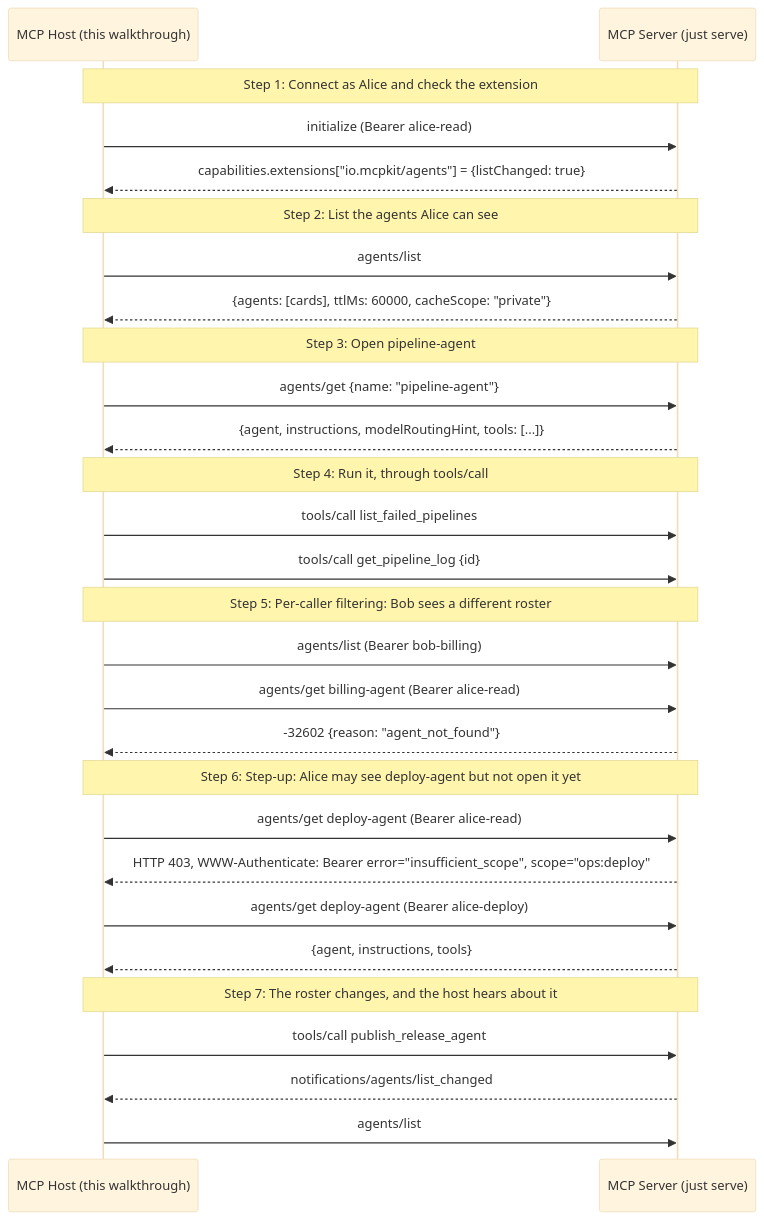
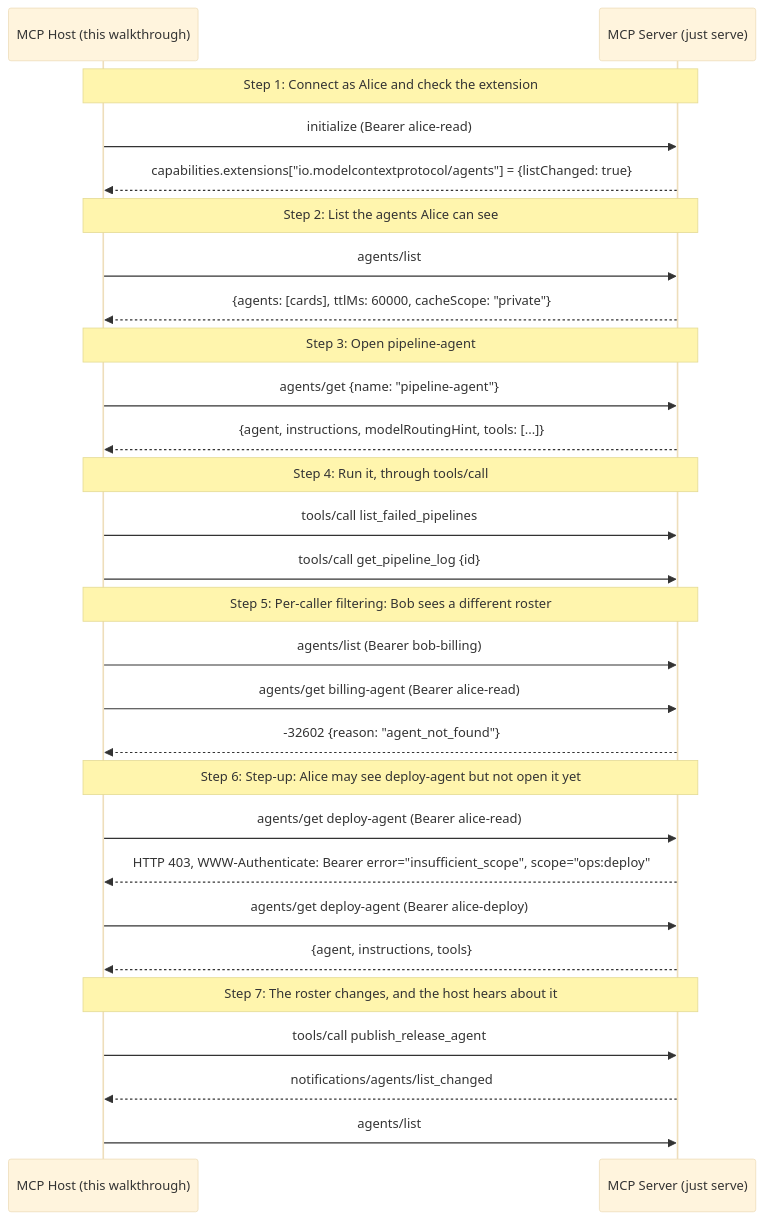
Before and after one commit to panyam/mcpkit: the diagram in examples/agents/discovery/WALKTHROUGH.md, drawn with Mermaid (base theme). The commit also changed 7 other files, not shown here.

First line of the commit message:
agents: advertise io.modelcontextprotocol/agents

````diff
--- a/examples/agents/discovery/WALKTHROUGH.md
+++ b/examples/agents/discovery/WALKTHROUGH.md
@@ -17,37 +17,37 @@
 ```mermaid
 sequenceDiagram
     participant Host as MCP Host (this walkthrough)
     participant Server as MCP Server (just serve)
 
     Note over Host,Server: Step 1: Connect as Alice and check the extension
     Host->>Server: initialize (Bearer alice-read)
-    Server-->>Host: capabilities.extensions["io.mcpkit/agents"] = {listChanged: true}
+    Server-->>Host: capabilities.extensions["io.modelcontextprotocol/agents"] = {listChanged: true}
 
     Note over Host,Server: Step 2: List the agents Alice can see
     Host->>Server: agents/list
     Server-->>Host: {agents: [cards], ttlMs: 60000, cacheScope: "private"}
 
     Note over Host,Server: Step 3: Open pipeline-agent
     Host->>Server: agents/get {name: "pipeline-agent"}
     Server-->>Host: {agent, instructions, modelRoutingHint, tools: [...]}
 
     Note over Host,Server: Step 4: Run it, through tools/call
     Host->>Server: tools/call list_failed_pipelines
     Host->>Server: tools/call get_pipeline_log {id}
 
     Note over Host,Server: Step 5: Per-caller filtering: Bob sees a different roster
     Host->>Server: agents/list (Bearer bob-billing)
     Host->>Server: agents/get billing-agent (Bearer alice-read)
     Server-->>Host: -32602 {reason: "agent_not_found"}
 
     Note over Host,Server: Step 6: Step-up: Alice may see deploy-agent but not open it yet
     Host->>Server: agents/get deploy-agent (Bearer alice-read)
     Server-->>Host: HTTP 403, WWW-Authenticate: Bearer error="insufficient_scope", scope="ops:deploy"
     Host->>Server: agents/get deploy-agent (Bearer alice-deploy)
     Server-->>Host: {agent, instructions, tools}
 
     Note over Host,Server: Step 7: The roster changes, and the host hears about it
     Host->>Server: tools/call publish_release_agent
     Server-->>Host: notifications/agents/list_changed
     Host->>Server: agents/list
 ```
````
